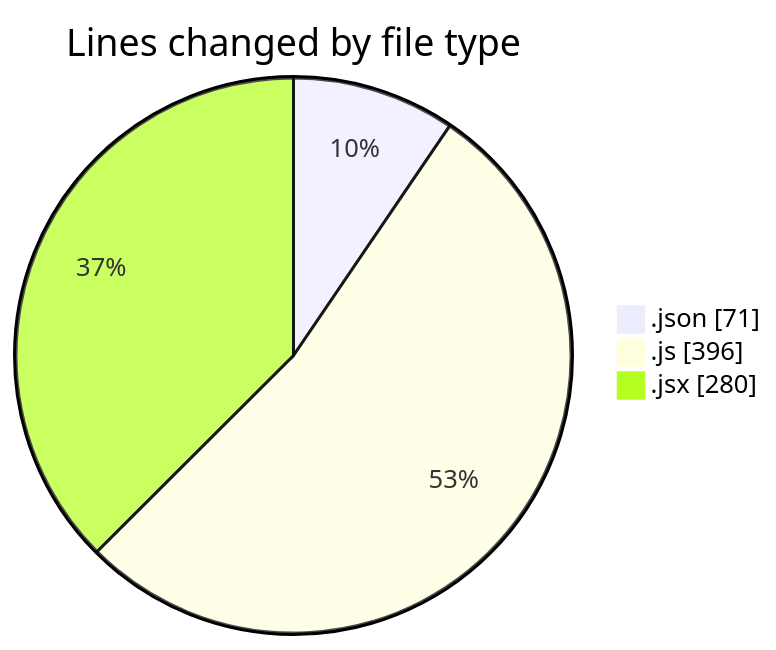
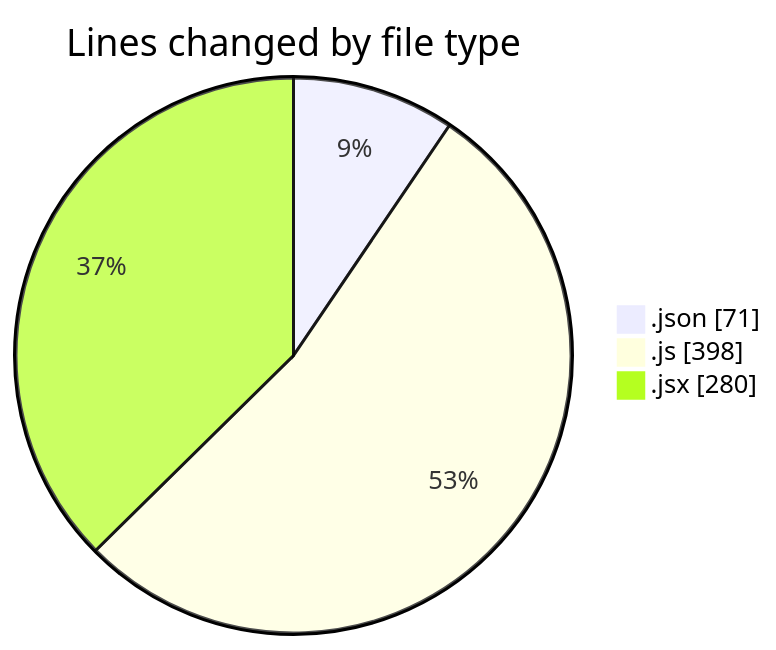
Before and after one commit to momahboobian/code-tracking: the first of 2 diagrams in 2025-05-13/cda/README.md, drawn with Mermaid. The commit also changed other lines of this file and 1 other file, not shown here.

````diff
--- a/2025-05-13/cda/README.md
+++ b/2025-05-13/cda/README.md
@@ -24,7 +24,7 @@
 ```mermaid
 pie showData
 title Lines changed by file type
 ".json" : 71
-".js" : 396
+".js" : 398
 ".jsx" : 280
 ```
````
